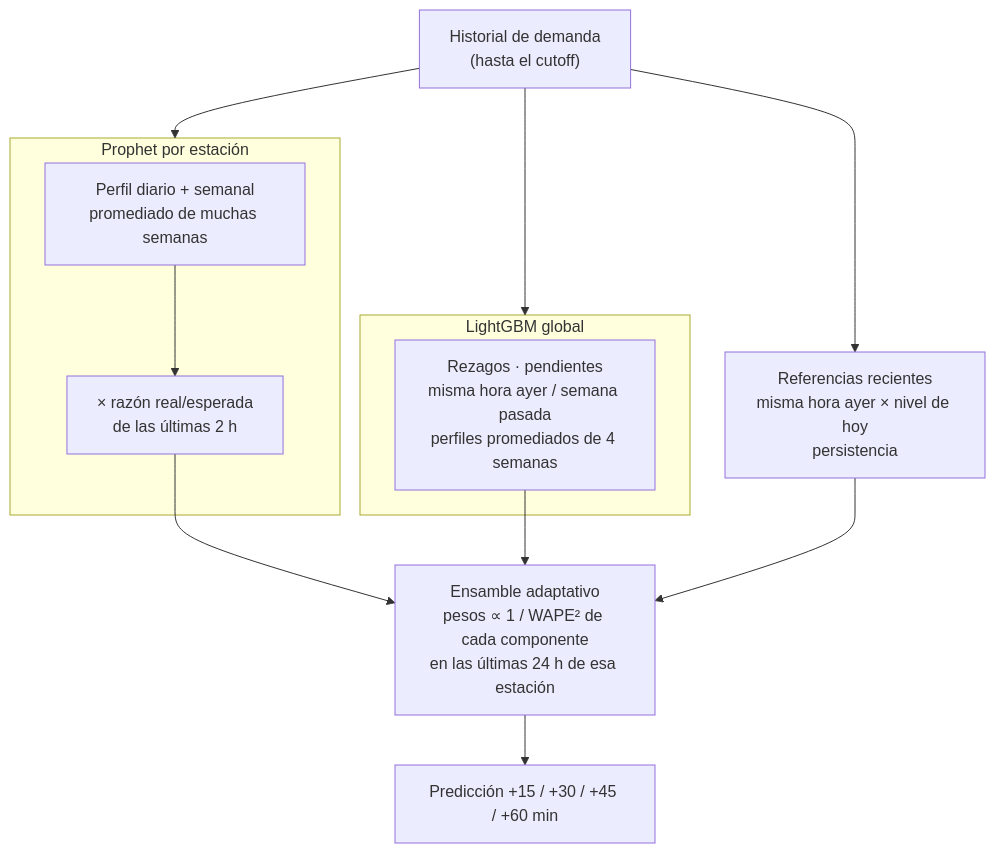
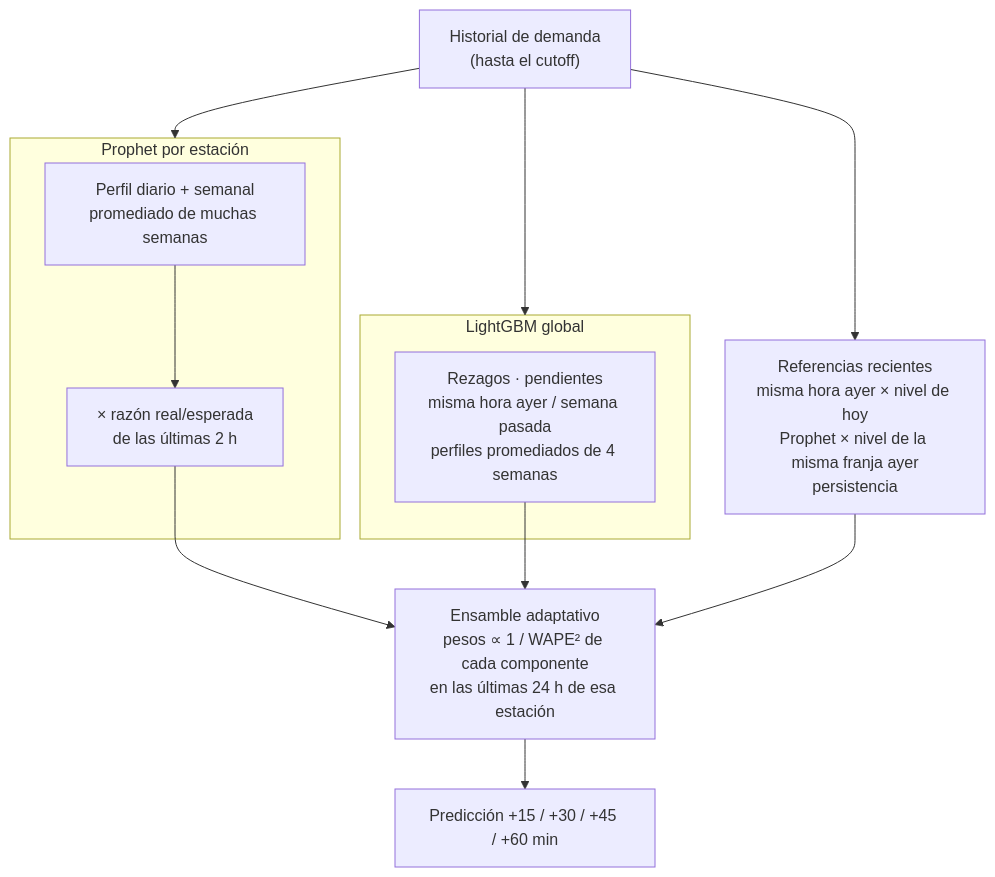
Before and after one commit to danielaestudio02-del/Primer_proyecto: the third of 4 diagrams in README.md, drawn with Mermaid. The commit also changed other lines of this file and 2 other files, not shown here.

Commit message:
Ensamble adaptativo: componente Prophet x nivel de la misma franja de ayer
En Banderas y Portal Américas el modelo acierta en el valle y falla en los
picos, porque la razón de nivel de las últimas 2 h corrige tarde el arranque
de cada pico. El nuevo componente prophet_slot escala la curva de Prophet con
la razón real/esperada alrededor de la misma franja de ayer y se suma al
ensamble adaptativo (pesos 1/WAPE^2).

En simulación gana en los cinco escenarios: +0,10 pp sin drift y +0,4 a
+1,1 pp con drift. Los modelos guardados antes del cambio siguen con sus
cuatro componentes; el nuevo solo entra a producción si un candidato le gana
al champion en las entregas reales de las últimas 24 h.

Claude-Session: https://claude.ai/code/session_01X54D4TGvkGYUSSpLpqdFfo

````diff
--- a/README.md
+++ b/README.md
@@ -80,18 +80,18 @@
 ```mermaid
 flowchart TB
     D["Historial de demanda<br/>(hasta el cutoff)"] --> P & L
 
     subgraph P["Prophet por estación"]
         P1["Perfil diario + semanal<br/>promediado de muchas semanas"] --> P2["× razón real/esperada<br/>de las últimas 2 h"]
     end
 
     subgraph L["LightGBM global"]
         L1["Rezagos · pendientes<br/>misma hora ayer / semana pasada<br/>perfiles promediados de 4 semanas"]
     end
 
-    R["Referencias recientes<br/>misma hora ayer × nivel de hoy<br/>persistencia"]
+    R["Referencias recientes<br/>misma hora ayer × nivel de hoy<br/>Prophet × nivel de la misma franja ayer<br/>persistencia"]
     P2 --> E["Ensamble adaptativo<br/>pesos ∝ 1 / WAPE² de cada componente<br/>en las últimas 24 h de esa estación"]
     L1 --> E
     D --> R --> E
     E --> O["Predicción +15 / +30 / +45 / +60 min"]
 ```
````
